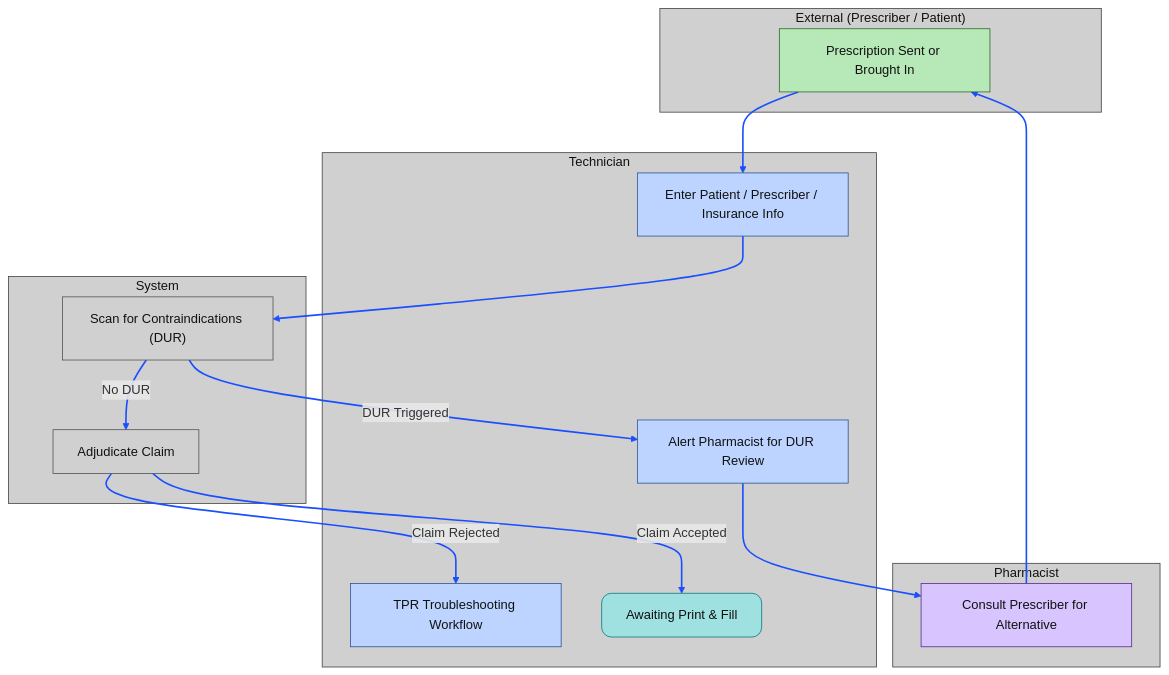
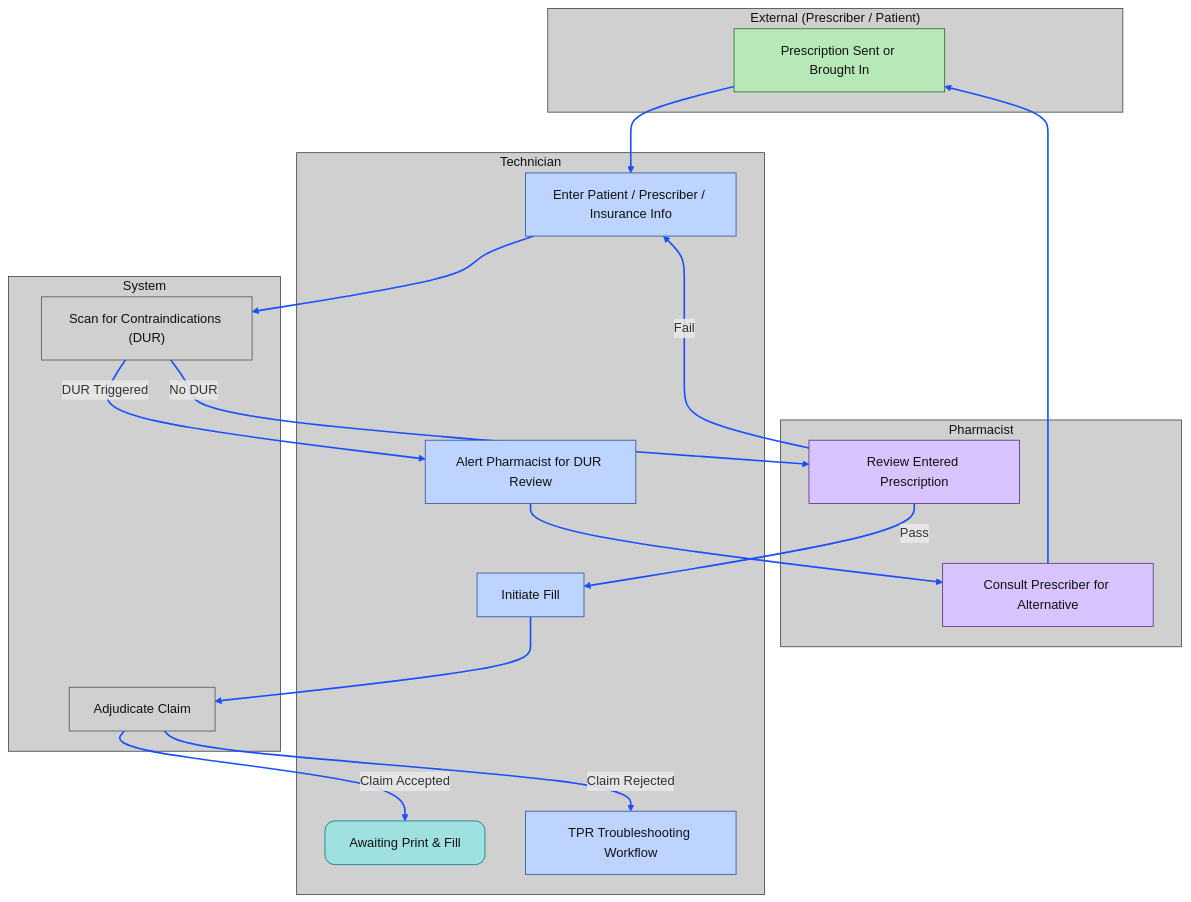
One commit to ctnava/rxtechnotes changed the first of 2 diagrams in core_operations.md. Above: the diagram before and after it, drawn with Mermaid. The commit also changed other lines of this file, not shown here.

Commit message:
uhhh hope this works

````diff
--- a/core_operations.md
+++ b/core_operations.md
@@ -180,55 +180,59 @@
 ```mermaid
 flowchart TD
 
 %% =========================
 %% STYLE DEFINITIONS
 %% =========================
 linkStyle default stroke:#1a4fff,stroke-width:2px
 classDef lane fill:#d0d0d0,stroke:#444,stroke-width:1px,color:#111
 classDef external fill:#b7e8b7,stroke:#2d6b2d,stroke-width:1px,color:#111
 classDef tech fill:#bcd4ff,stroke:#2f5597,stroke-width:1px,color:#111
 classDef pharm fill:#d8c4ff,stroke:#5a2d91,stroke-width:1px,color:#111
 classDef system fill:#d0d0d0,stroke:#555,stroke-width:1px,color:#111
 classDef terminator fill:#9fe0e0,stroke:#0a7a7a,stroke-width:1px,rx:12,ry:12,color:#111
 classDef decision fill:#ffe98a,stroke:#b58a00,stroke-width:1px,rx:4,ry:4,color:#111
 
 %% =========================
 %% SWIMLANES
 %% =========================
 
 subgraph EXT["External (Prescriber / Patient)"]
     H1["Prescription Sent or Brought In"]:::external
 end
 class EXT lane
 
 subgraph TECH["Technician"]
     T1["Enter Patient / Prescriber / Insurance Info"]:::tech
     T2["TPR Troubleshooting Workflow"]:::tech
     T3["Alert Pharmacist for DUR Review"]:::tech
-    T4["Awaiting Print & Fill"]:::terminator
+    T4["Initiate Fill"]:::tech
+    T5["Awaiting Print & Fill"]:::terminator
 end
 class TECH lane
 
 subgraph SYS["System"]
     S1["Scan for Contraindications (DUR)"]:::system
     S2["Adjudicate Claim"]:::system
 end
 class SYS lane
 
 subgraph PHARM["Pharmacist"]
     P1["Consult Prescriber for Alternative"]:::pharm
+    P2["Review Entered Prescription"]:::pharm
 end
 class PHARM lane
 
 %% =========================
 %% FLOW
 %% =========================
 
 H1 --> T1 --> S1
 
 S1 -->|DUR Triggered| T3 --> P1 --> H1
-S1 -->|No DUR| S2
+S1 -->|No DUR| P2
+P2 -->|Pass| T4 --> S2
+P2 -->|Fail| T1
 
-S2 -->|Claim Accepted| T4
+S2 -->|Claim Accepted| T5
 S2 -->|Claim Rejected| T2
 ```
````
